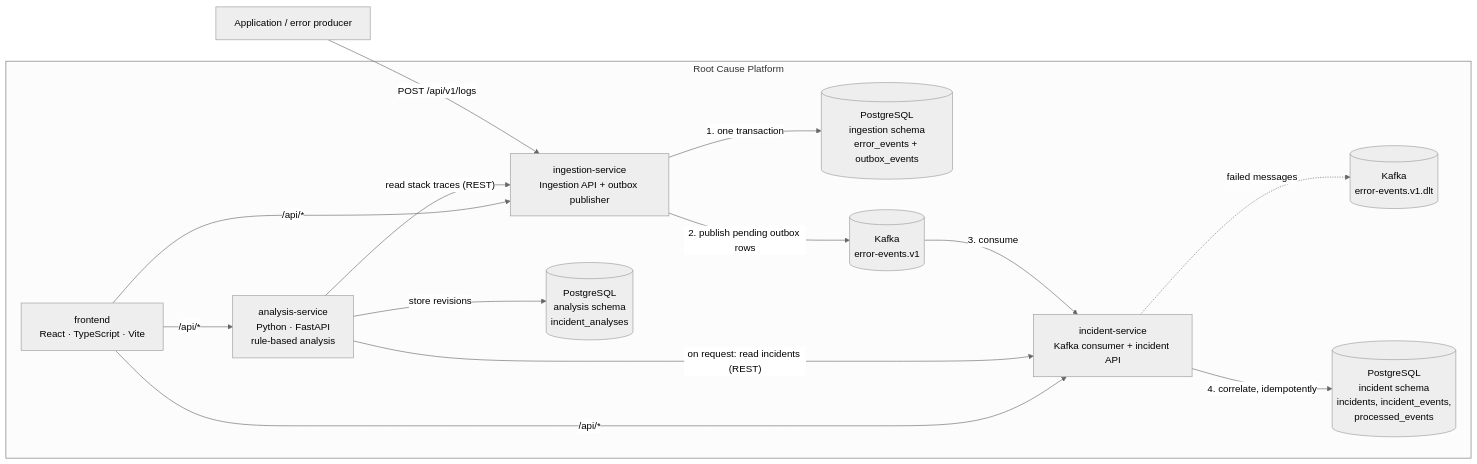
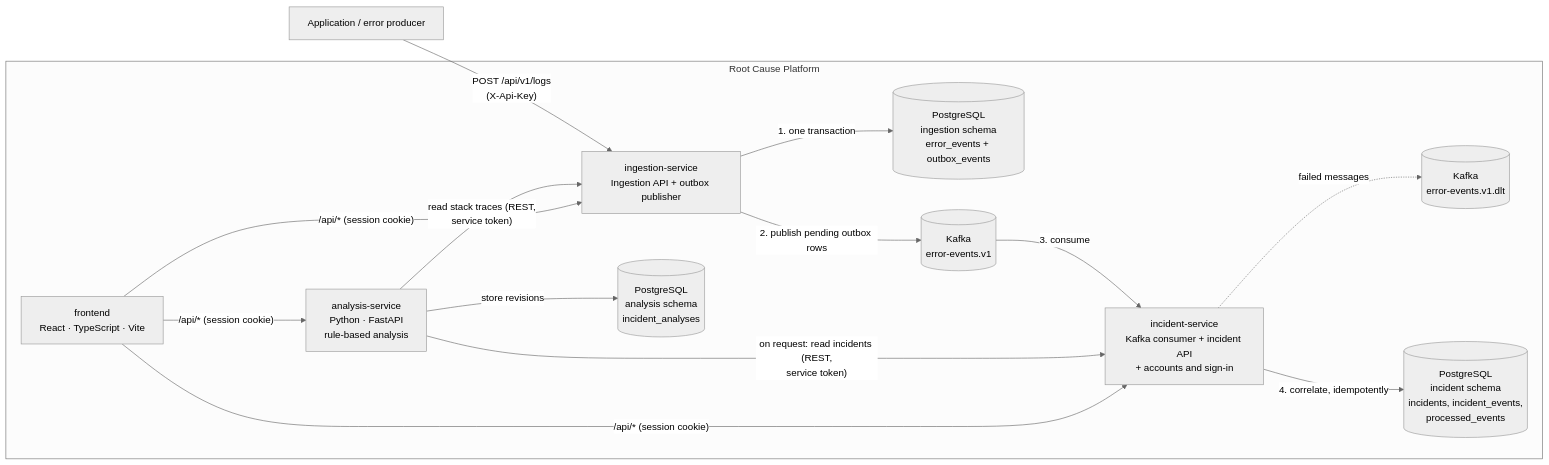
One commit to rciripireddy/ai-software-debugging-root-cause-platform changed the diagram in docs/architecture.md. Above: the diagram before and after it, drawn with Mermaid (neutral theme). The commit also changed other lines of this file and 117 other files, not shown here.

````diff
--- a/docs/architecture.md
+++ b/docs/architecture.md
@@ -7,26 +7,26 @@
 ```mermaid
 flowchart LR
-    apps["Application / error producer"] -->|"POST /api/v1/logs"| ingestion
+    apps["Application / error producer"] -->|"POST /api/v1/logs<br/>(X-Api-Key)"| ingestion
     subgraph platform["Root Cause Platform"]
         ingestion["ingestion-service<br/>Ingestion API + outbox publisher"]
         ingestdb[("PostgreSQL<br/>ingestion schema<br/>error_events + outbox_events")]
         kafka[("Kafka<br/>error-events.v1")]
         dlt[("Kafka<br/>error-events.v1.dlt")]
-        incident["incident-service<br/>Kafka consumer + incident API"]
+        incident["incident-service<br/>Kafka consumer + incident API<br/>+ accounts and sign-in"]
         incidentdb[("PostgreSQL<br/>incident schema<br/>incidents, incident_events,<br/>processed_events")]
         analysis["analysis-service<br/>Python · FastAPI<br/>rule-based analysis"]
         analysisdb[("PostgreSQL<br/>analysis schema<br/>incident_analyses")]
         ui["frontend<br/>React · TypeScript · Vite"]
     end
     ingestion -->|"1. one transaction"| ingestdb
     ingestion -->|"2. publish pending outbox rows"| kafka
     kafka -->|"3. consume"| incident
     incident -->|"4. correlate, idempotently"| incidentdb
     incident -.->|"failed messages"| dlt
-    analysis -->|"on request: read incidents (REST)"| incident
-    analysis -->|"read stack traces (REST)"| ingestion
+    analysis -->|"on request: read incidents (REST,<br/>service token)"| incident
+    analysis -->|"read stack traces (REST,<br/>service token)"| ingestion
     analysis -->|"store revisions"| analysisdb
-    ui -->|"/api/*"| ingestion
-    ui -->|"/api/*"| incident
-    ui -->|"/api/*"| analysis
+    ui -->|"/api/* (session cookie)"| ingestion
+    ui -->|"/api/* (session cookie)"| incident
+    ui -->|"/api/* (session cookie)"| analysis
 ```
````
